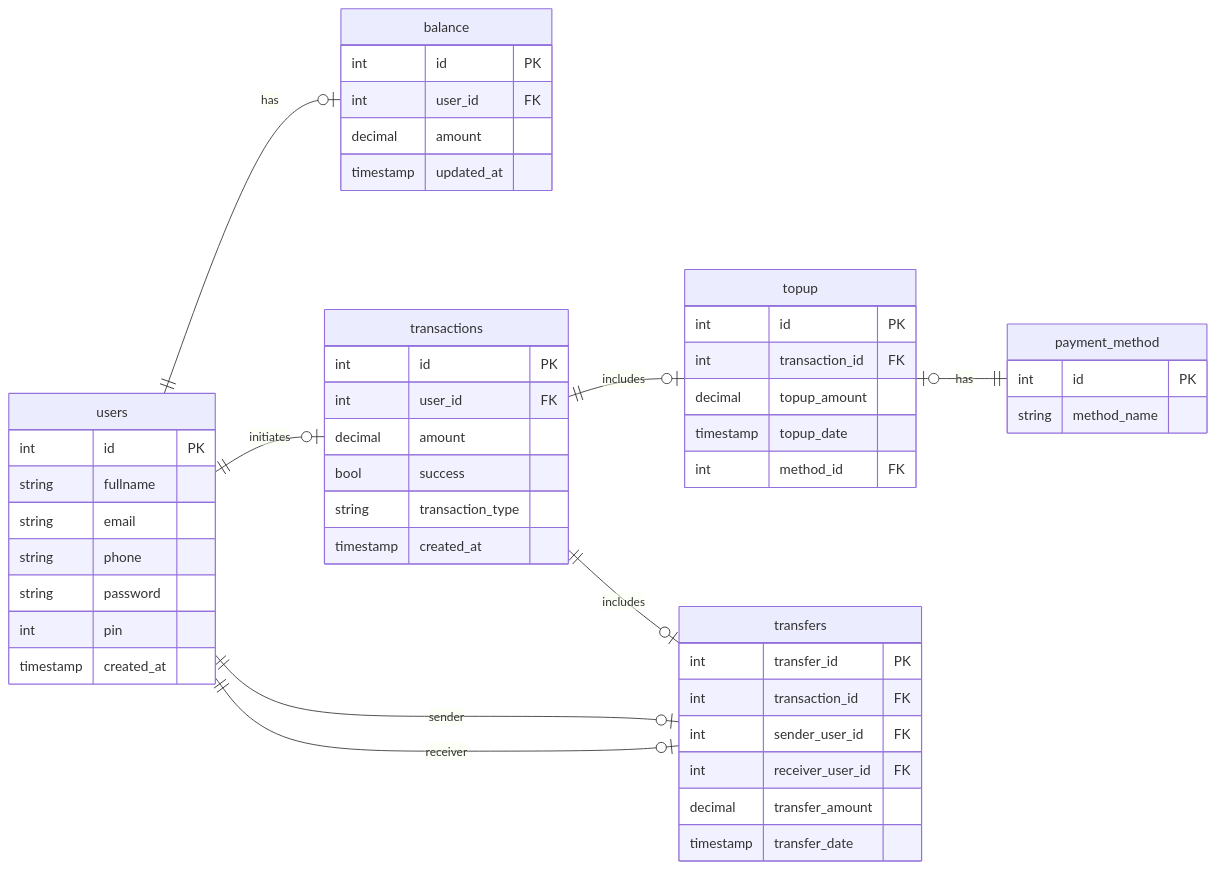
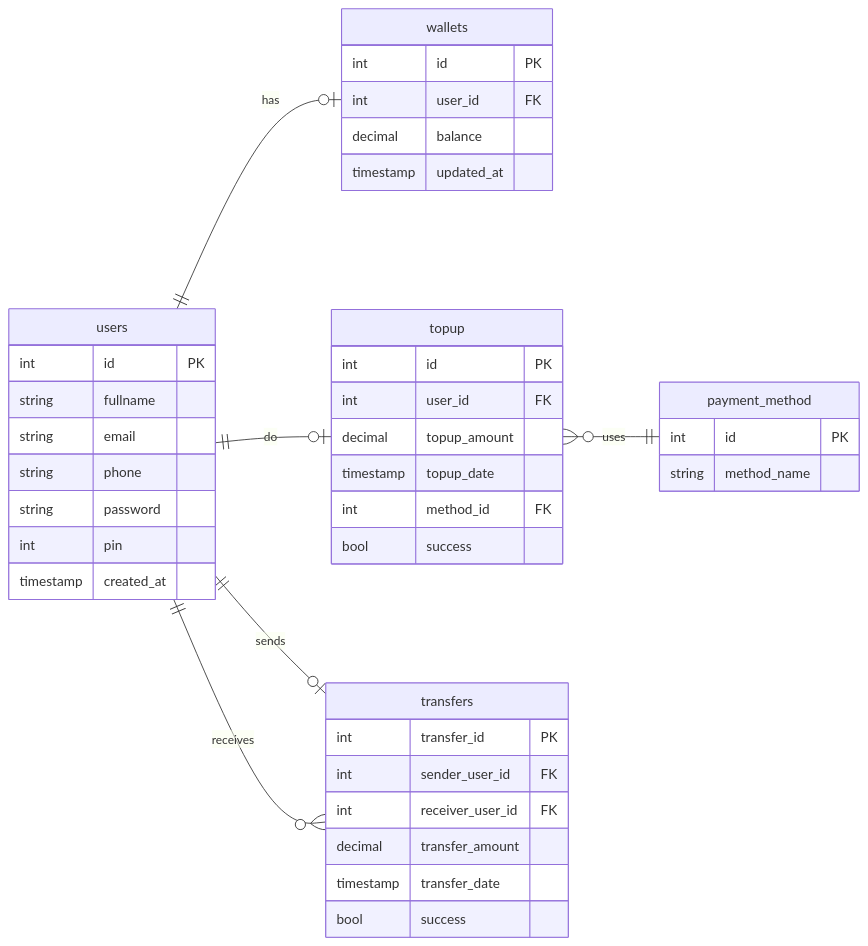
Before and after one commit to VsalCode/fgo24-be-weeklytask: the diagram in README.md, drawn with Mermaid. The commit also changed 1 other file, not shown here.

Commit message:
refactor: database schema and ERD

````diff
--- a/README.md
+++ b/README.md
@@ -5,61 +5,50 @@
   ```mermaid
 erDiagram
   direction LR
-    users {
-        int id PK
-        string fullname
-        string email
-        string phone
-        string password
-        int pin
-        timestamp created_at
-    }
 
-    balance {
-        int id PK
-        int user_id FK
-        decimal amount
-        timestamp updated_at
-    }
+  users {
+      int id PK
+      string fullname
+      string email
+      string phone
+      string password
+      int pin
+      timestamp created_at
+  }
 
-    transactions {
-        int id PK
-        int user_id FK
-        decimal amount
-        bool success
-        string transaction_type  
-        timestamp created_at
-    }
+  wallets {
+      int id PK
+      int user_id FK
+      decimal balance
+      timestamp updated_at
+  }
 
-    topup {
-        int id PK
-        int transaction_id FK
-        decimal topup_amount
-        timestamp topup_date
-        int method_id FK
-    }
+  topup {
+      int id PK
+      int user_id FK
+      decimal topup_amount
+      timestamp topup_date
+      int method_id FK
+      bool success
+  }
 
-    payment_method {
+  payment_method {
       int id PK
       string method_name
-    }
+  }
 
-    transfers {
-        int transfer_id PK
-        int transaction_id FK
-        int sender_user_id FK
-        int receiver_user_id FK
-        decimal transfer_amount
-        timestamp transfer_date
-    }
+  transfers {
+      int transfer_id PK
+      int sender_user_id FK
+      int receiver_user_id FK
+      decimal transfer_amount
+      timestamp transfer_date
+      bool success
+  }
 
-    users ||--o| balance: has
-    users ||--o| transactions: initiates
-    transactions ||--o| topup: includes
-    topup |o--|| payment_method : "has"  
-    transactions ||--o| transfers: includes
-    users ||--o| transfers: sender
-    users ||--o| transfers: receiver
-
-
+  users ||--o| wallets: has
+  users ||--o| topup: "do"
+  topup }o--|| payment_method: "uses"
+  users ||--o| transfers: "sends"
+  users ||--o{ transfers: "receives"
   ```
````
